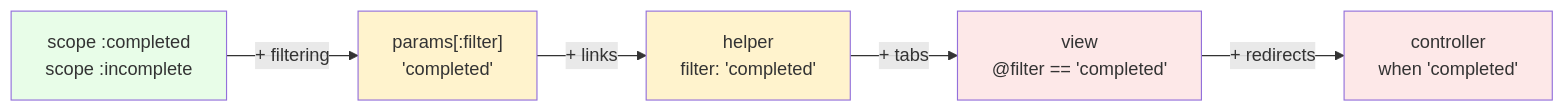
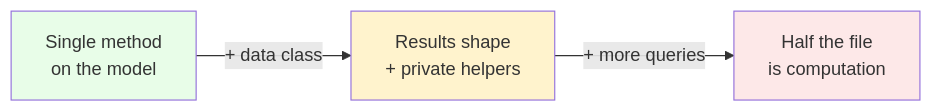
Before and after one commit to railswhey/app: the first of 2 diagrams in README.md, drawn with Mermaid. The commit also changed other lines of this file and 5 other files, not shown here.

````diff
--- a/README.md
+++ b/README.md
@@ -103,13 +78,9 @@
 ```mermaid
 flowchart LR
-  S["scope :completed<br/>scope :incomplete"] -->|"+ filtering"| F["params[:filter]<br/>'completed'"]
-  F -->|"+ links"| H["helper<br/>filter: 'completed'"]
-  H -->|"+ tabs"| V["view<br/>@filter == 'completed'"]
-  V -->|"+ redirects"| C["controller<br/>when 'completed'"]
+  S1["Single method<br/>on the model"] -->|"+ data class"| S2["Results shape<br/>+ private helpers"]
+  S2 -->|"+ more queries"| S3["Half the file<br/>is computation"]
 
-  style S fill:#e8fde8
-  style F fill:#fff3cd
-  style H fill:#fff3cd
-  style V fill:#fde8e8
-  style C fill:#fde8e8
+  style S1 fill:#e8fde8
+  style S2 fill:#fff3cd
+  style S3 fill:#fde8e8
 ```
````
